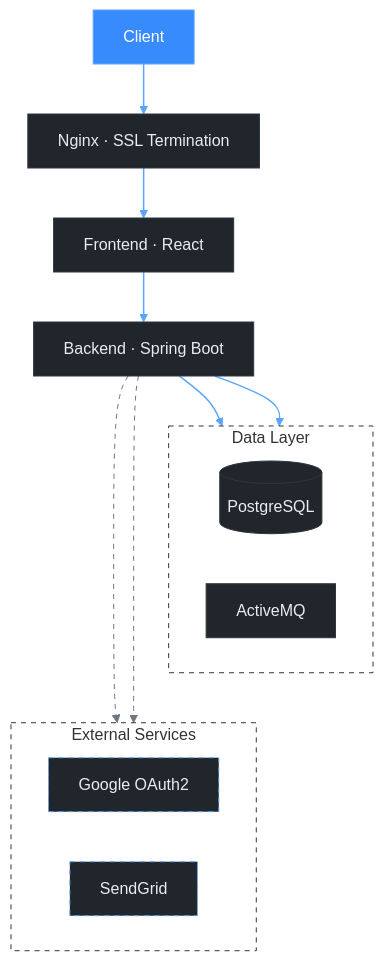
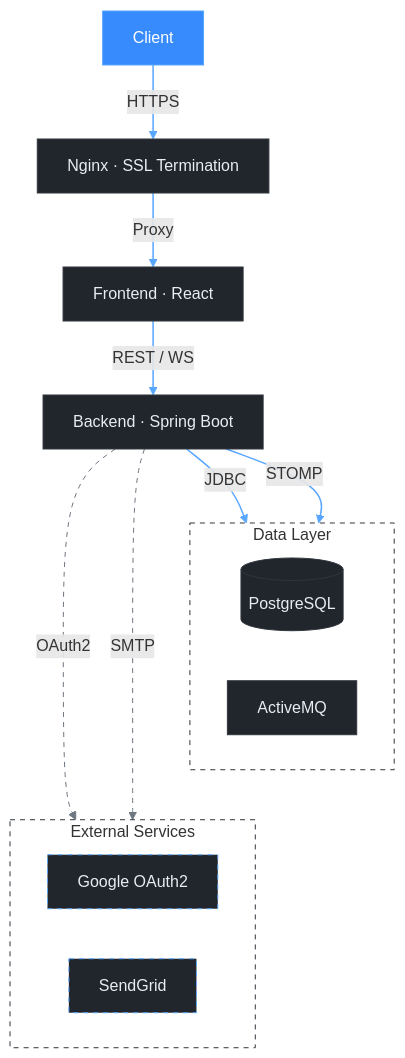
The diagram in README.md (sagi-menahem/SynchBoard), drawn with Mermaid before and after one commit.

Commit message:
docs: enhance flowchart in README with detailed connection labels for improved clarity

````diff
--- a/README.md
+++ b/README.md
@@ -64,39 +64,39 @@
 ```mermaid
 flowchart TD
     classDef default fill:#21262d,stroke:#30363d,stroke-width:1px,color:#e6edf3
     classDef accent fill:#388bfd,stroke:#58a6ff,stroke-width:1px,color:#ffffff
     classDef external fill:#21262d,stroke:#58a6ff,stroke-width:1px,color:#e6edf3,stroke-dasharray:5 5
 
     Client["Client"]:::accent
     Nginx["Nginx · SSL Termination"]
     Frontend["Frontend · React"]
     Backend["Backend · Spring Boot"]
 
     subgraph data ["Data Layer"]
         direction LR
         Postgres[("PostgreSQL")]
         ActiveMQ["ActiveMQ"]
     end
 
     subgraph external ["External Services"]
         direction LR
         Google["Google OAuth2"]:::external
         SendGrid["SendGrid"]:::external
     end
 
-    Client --> Nginx
-    Nginx --> Frontend
-    Frontend --> Backend
-    Backend --> Postgres
-    Backend --> ActiveMQ
-    Backend -.-> Google
-    Backend -.-> SendGrid
+    Client -->|HTTPS| Nginx
+    Nginx -->|Proxy| Frontend
+    Frontend -->|REST / WS| Backend
+    Backend -->|JDBC| Postgres
+    Backend -->|STOMP| ActiveMQ
+    Backend -.->|OAuth2| Google
+    Backend -.->|SMTP| SendGrid
 
     data ~~~ external
 
     style data fill:#0d111700,stroke:#30363d,stroke-width:1px,stroke-dasharray:5 5
     style external fill:#0d111700,stroke:#30363d,stroke-width:1px,stroke-dasharray:5 5
 
     linkStyle 0,1,2,3,4 stroke:#58a6ff,stroke-width:1.5px
     linkStyle 5,6 stroke:#6e7681,stroke-width:1px,stroke-dasharray:5 5
 ```
````
